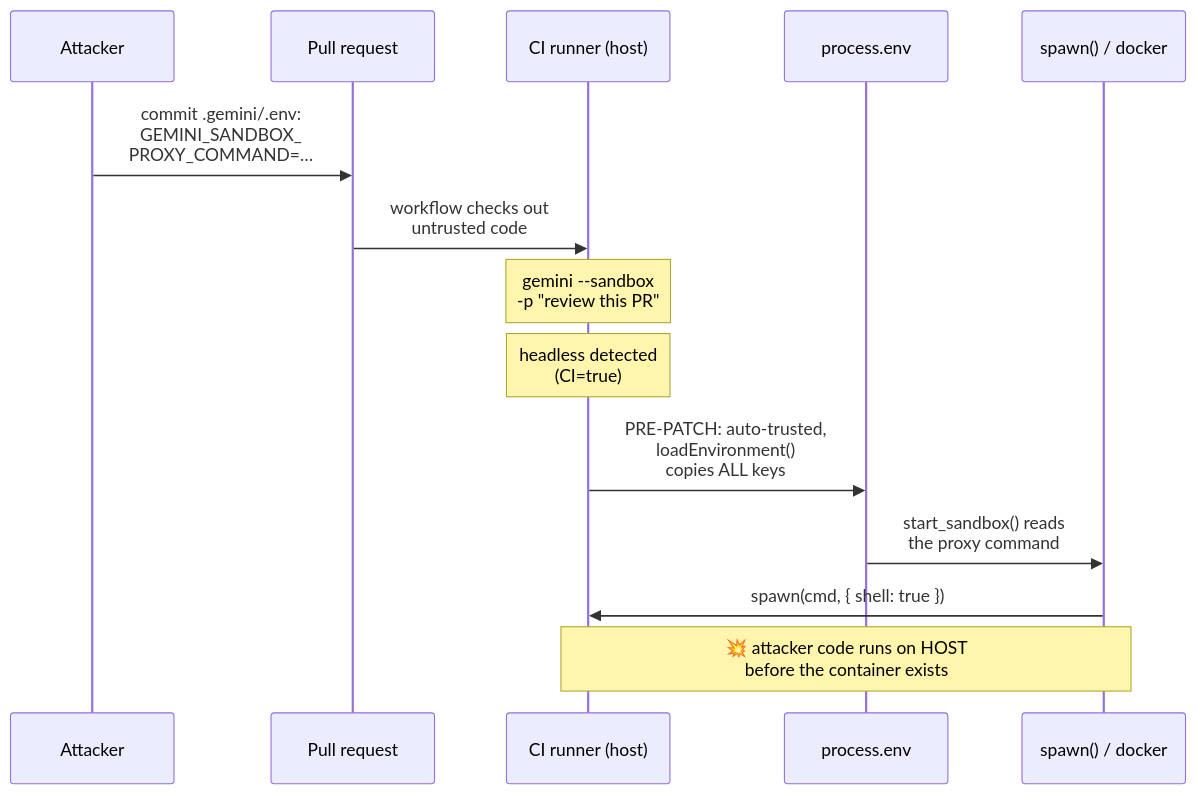
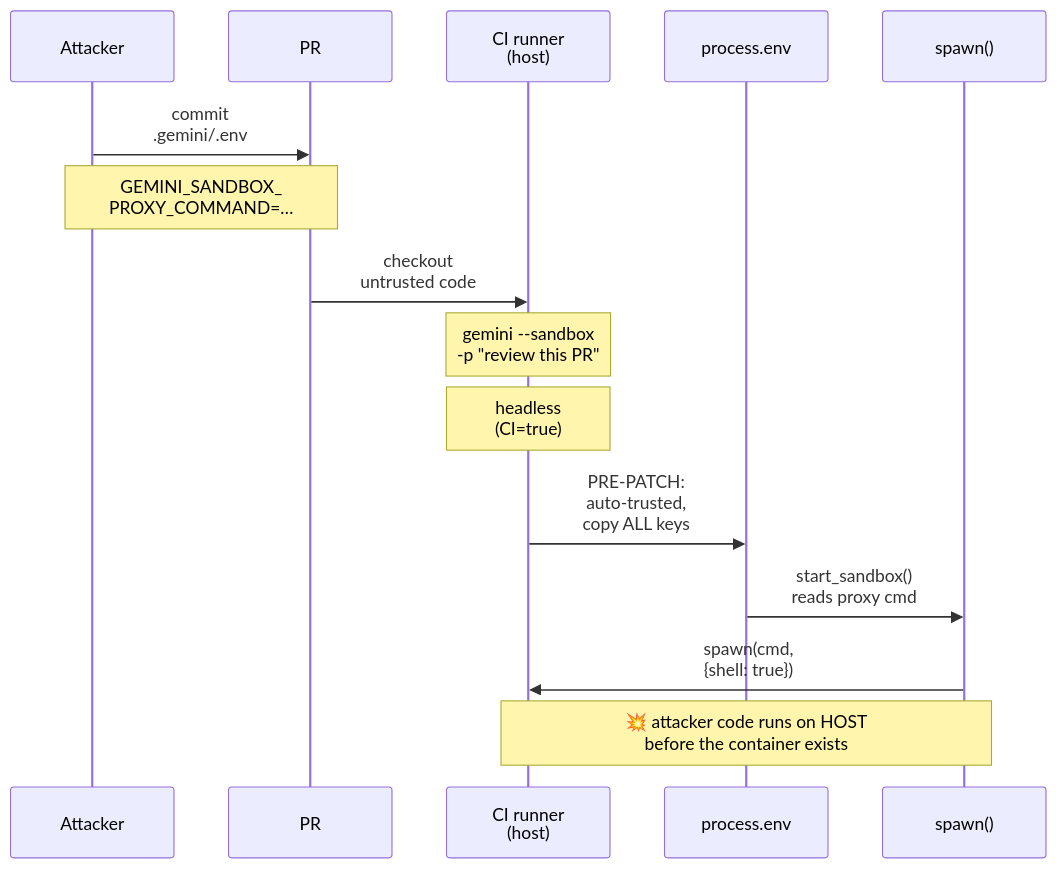
The second of 2 diagrams in src/content/blog/reversing-gemini-cli-pre-sandbox-rce.md (nithissh7/nithissh7.github.io), drawn with Mermaid before and after one commit. The commit also changed 6 other files, not shown here.

First line of the commit message:
Compact diagrams that fit inside the reading column

````diff
--- a/src/content/blog/reversing-gemini-cli-pre-sandbox-rce.md
+++ b/src/content/blog/reversing-gemini-cli-pre-sandbox-rce.md
@@ -222,22 +222,18 @@
 ```mermaid
----
-config:
-  sequence:
-    wrap: false
----
 sequenceDiagram
     participant A as Attacker
-    participant PR as Pull request
-    participant R as CI runner (host)
+    participant PR as PR
+    participant R as CI runner<br/>(host)
     participant Env as process.env
-    participant S as spawn() / docker
+    participant S as spawn()
 
-    A->>PR: commit .gemini/.env:<br/>GEMINI_SANDBOX_<br/>PROXY_COMMAND=…
-    PR->>R: workflow checks out<br/>untrusted code
+    A->>PR: commit<br/>.gemini/.env
+    Note over A,PR: GEMINI_SANDBOX_<br/>PROXY_COMMAND=…
+    PR->>R: checkout<br/>untrusted code
     Note over R: gemini --sandbox<br/>-p "review this PR"
-    Note over R: headless detected<br/>(CI=true)
-    R->>Env: PRE-PATCH: auto-trusted,<br/>loadEnvironment()<br/>copies ALL keys
-    Env->>S: start_sandbox() reads<br/>the proxy command
-    S->>R: spawn(cmd, { shell: true })
+    Note over R: headless<br/>(CI=true)
+    R->>Env: PRE-PATCH:<br/>auto-trusted,<br/>copy ALL keys
+    Env->>S: start_sandbox()<br/>reads proxy cmd
+    S->>R: spawn(cmd,<br/>{shell: true})
     Note over R,S: 💥 attacker code runs on HOST<br/>before the container exists
 ```
````
